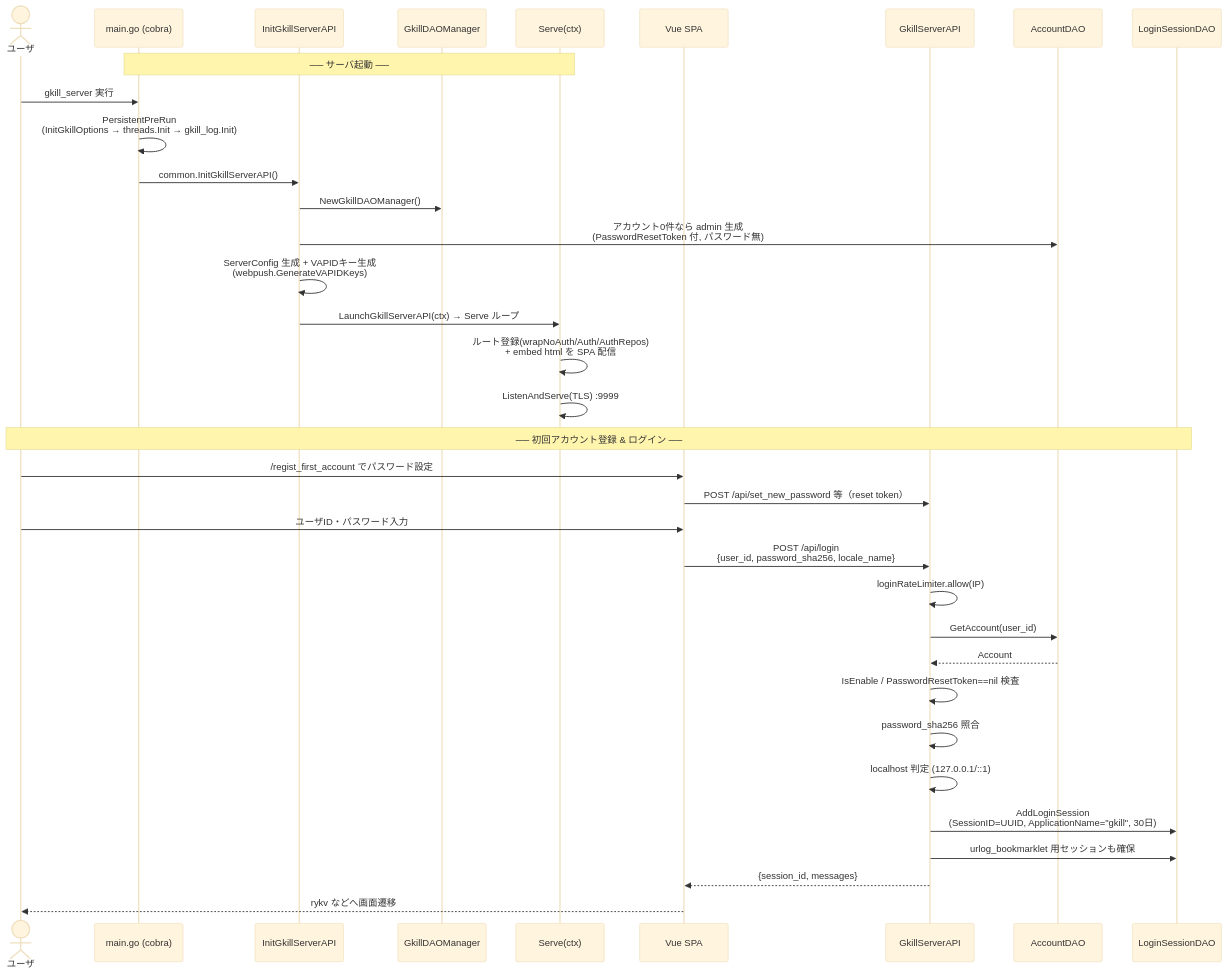
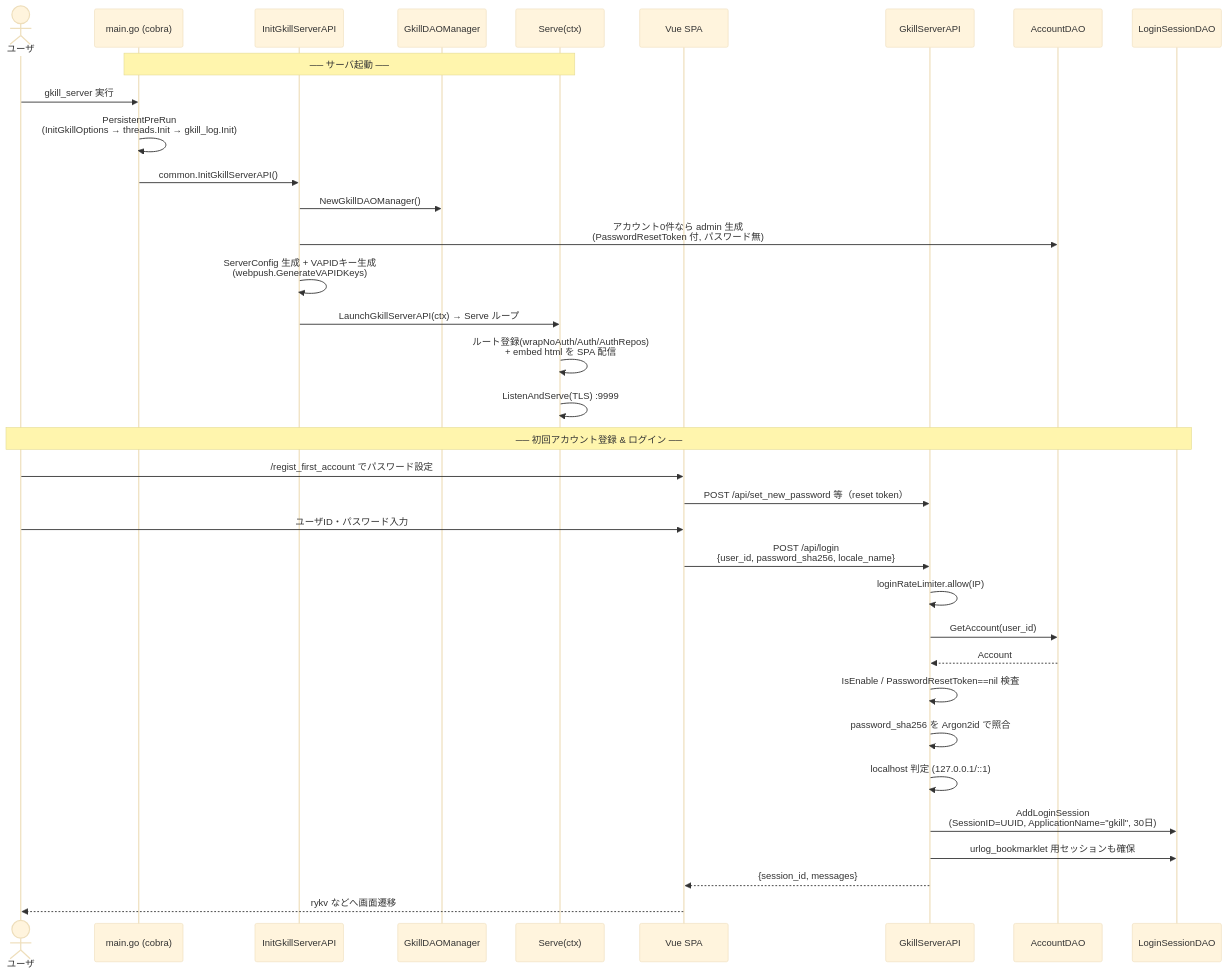
One commit to mt3hr/gkill changed the fourth of 25 diagrams in documents/reverse/scenario.md. Above: the diagram before and after it, drawn with Mermaid (base theme). The commit also changed other lines of this file and 62 other files, not shown here.

````diff
--- a/documents/reverse/scenario.md
+++ b/documents/reverse/scenario.md
@@ -143,39 +143,39 @@
 ```mermaid
 sequenceDiagram
     actor User as ユーザ
     participant Main as main.go (cobra)
     participant Init as InitGkillServerAPI
     participant DAOM as GkillDAOManager
     participant Serve as Serve(ctx)
     participant UI as Vue SPA
     participant API as GkillServerAPI
     participant AccDAO as AccountDAO
     participant SesDAO as LoginSessionDAO
 
     Note over Main,Serve: ── サーバ起動 ──
     User->>Main: gkill_server 実行
     Main->>Main: PersistentPreRun<br>(InitGkillOptions → threads.Init → gkill_log.Init)
     Main->>Init: common.InitGkillServerAPI()
     Init->>DAOM: NewGkillDAOManager()
     Init->>AccDAO: アカウント0件なら admin 生成<br>(PasswordResetToken 付, パスワード無)
     Init->>Init: ServerConfig 生成 + VAPIDキー生成<br>(webpush.GenerateVAPIDKeys)
     Init->>Serve: LaunchGkillServerAPI(ctx) → Serve ループ
     Serve->>Serve: ルート登録(wrapNoAuth/Auth/AuthRepos)<br>+ embed html を SPA 配信
     Serve->>Serve: ListenAndServe(TLS) :9999
 
     Note over User,SesDAO: ── 初回アカウント登録 & ログイン ──
     User->>UI: /regist_first_account でパスワード設定
     UI->>API: POST /api/set_new_password 等（reset token）
     User->>UI: ユーザID・パスワード入力
     UI->>API: POST /api/login<br>{user_id, password_sha256, locale_name}
     API->>API: loginRateLimiter.allow(IP)
     API->>AccDAO: GetAccount(user_id)
     AccDAO-->>API: Account
     API->>API: IsEnable / PasswordResetToken==nil 検査
-    API->>API: password_sha256 照合
+    API->>API: password_sha256 を Argon2id で照合
     API->>API: localhost 判定 (127.0.0.1/::1)
     API->>SesDAO: AddLoginSession<br>(SessionID=UUID, ApplicationName="gkill", 30日)
     API->>SesDAO: urlog_bookmarklet 用セッションも確保
     API-->>UI: {session_id, messages}
     UI-->>User: rykv などへ画面遷移
 ```
````
